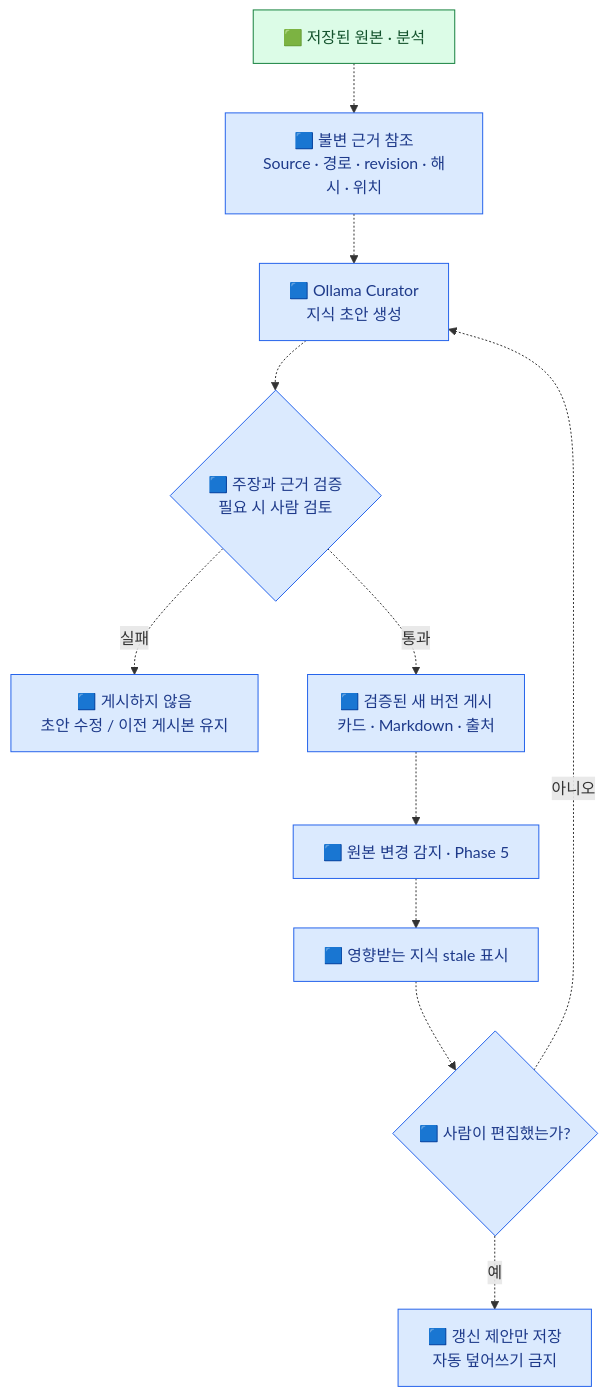
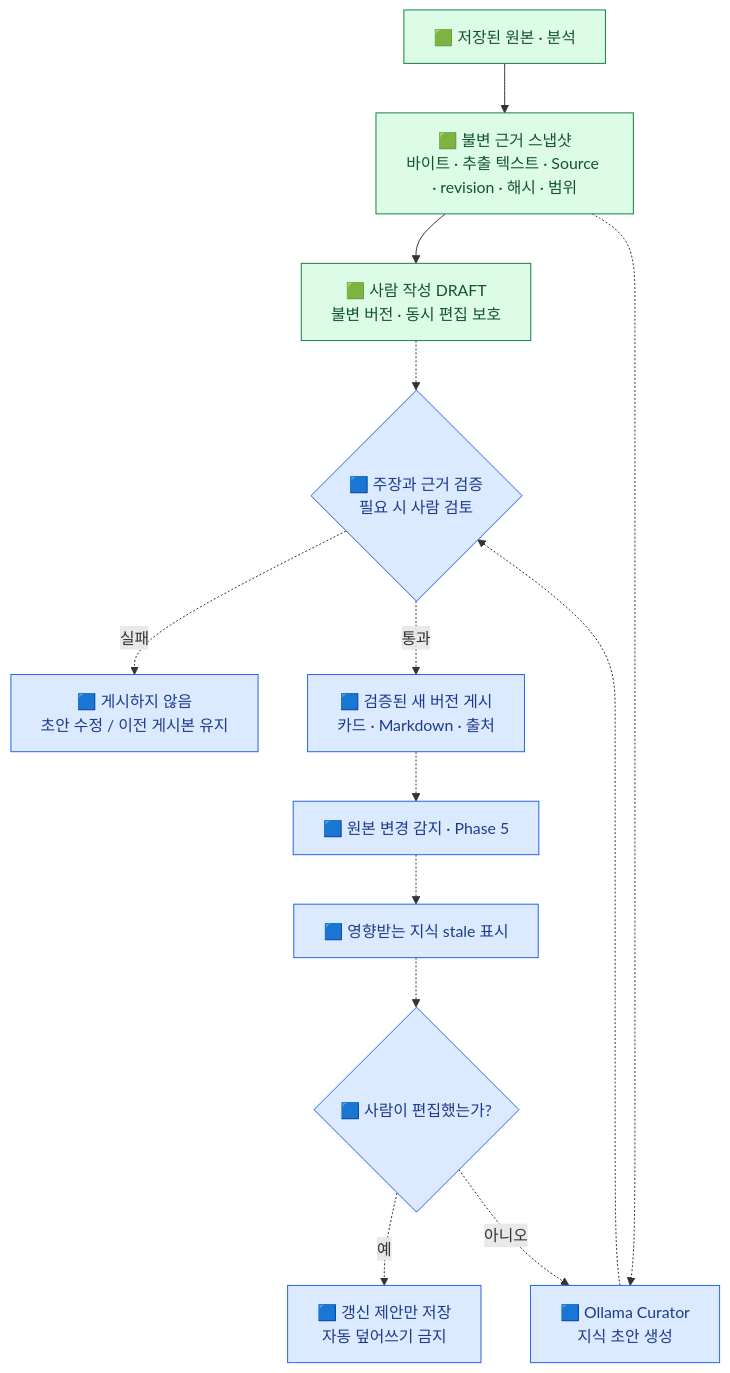
The fourth of 5 diagrams in docs/design-map.md (thisisnew/dougle), drawn with Mermaid before and after one commit. The commit also changed other lines of this file and 24 other files, not shown here.

````diff
--- a/docs/design-map.md
+++ b/docs/design-map.md
@@ -149,27 +157,30 @@
 ```mermaid
 flowchart TD
     RAW["🟩 저장된 원본 · 분석"]
-    EVID["🟦 불변 근거 참조<br/>Source · 경로 · revision · 해시 · 위치"]
+    EVID["🟩 불변 근거 스냅샷<br/>바이트 · 추출 텍스트 · Source · revision · 해시 · 범위"]
+    MANUAL["🟩 사람 작성 DRAFT<br/>불변 버전 · 동시 편집 보호"]
     DRAFT["🟦 Ollama Curator<br/>지식 초안 생성"]
     CHECK{"🟦 주장과 근거 검증<br/>필요 시 사람 검토"}
     FAIL["🟦 게시하지 않음<br/>초안 수정 / 이전 게시본 유지"]
     PUB["🟦 검증된 새 버전 게시<br/>카드 · Markdown · 출처"]
     CHANGE["🟦 원본 변경 감지 · Phase 5"]
     STALE["🟦 영향받는 지식 stale 표시"]
     HUMAN{"🟦 사람이 편집했는가?"}
     PROPOSE["🟦 갱신 제안만 저장<br/>자동 덮어쓰기 금지"]
-    RAW -.-> EVID
+    RAW --> EVID
+    EVID --> MANUAL
+    MANUAL -.-> CHECK
     EVID -.-> DRAFT
     DRAFT -.-> CHECK
     CHECK -. 실패 .-> FAIL
     CHECK -. 통과 .-> PUB
     PUB -.-> CHANGE
     CHANGE -.-> STALE
     STALE -.-> HUMAN
     HUMAN -. 예 .-> PROPOSE
     HUMAN -. 아니오 .-> DRAFT
     classDef done fill:#dcfce7,stroke:#15803d,color:#14532d
     classDef planned fill:#dbeafe,stroke:#2563eb,color:#1e3a8a
-    class RAW done
-    class EVID,DRAFT,CHECK,FAIL,PUB,CHANGE,STALE,HUMAN,PROPOSE planned
+    class RAW,EVID,MANUAL done
+    class DRAFT,CHECK,FAIL,PUB,CHANGE,STALE,HUMAN,PROPOSE planned
 ```
````
